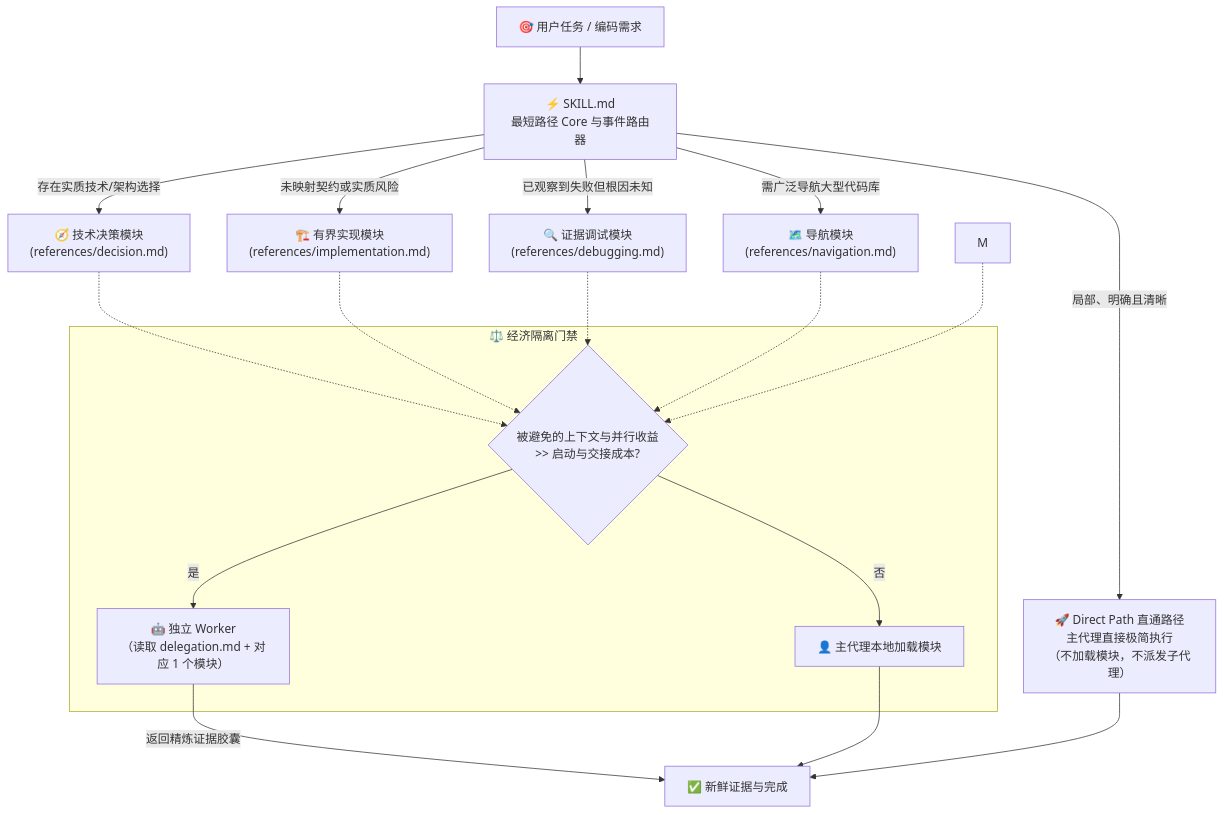
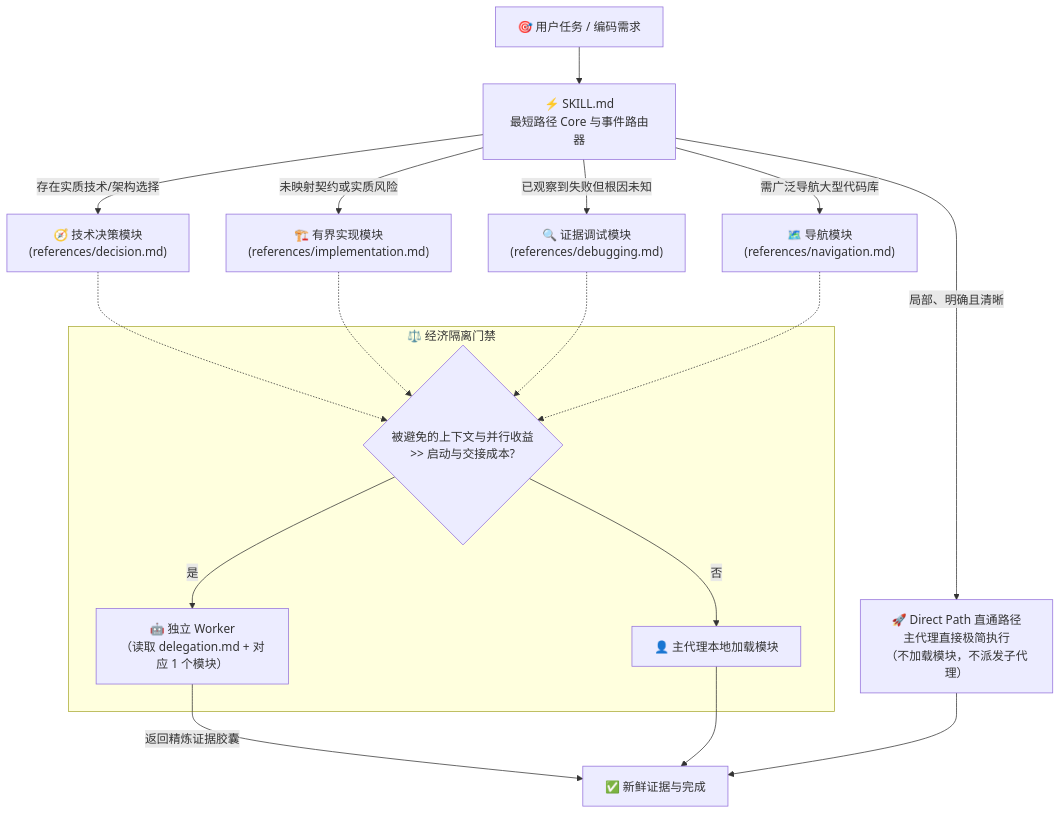
Before and after one commit to Hubujiu/practical-coding: the diagram in README_zh.md, drawn with Mermaid. The commit also changed other lines of this file and 8 other files, not shown here.

````diff
--- a/README_zh.md
+++ b/README_zh.md
@@ -105,26 +125,24 @@
 ```mermaid
 flowchart TB
     Task["🎯 用户任务 / 编码需求"] --> Core["⚡ SKILL.md<br/>最短路径 Core 与事件路由器"]
 
     Core -->|"局部、明确且清晰"| Direct["🚀 Direct Path 直通路径<br/>主代理直接极简执行<br/>（不加载模块，不派发子代理）"]
     Core -->|"存在实质技术/架构选择"| D["🧭 技术决策模块<br/>(references/decision.md)"]
     Core -->|"未映射契约或实质风险"| I["🏗️ 有界实现模块<br/>(references/implementation.md)"]
     Core -->|"已观察到失败但根因未知"| G["🔍 证据调试模块<br/>(references/debugging.md)"]
     Core -->|"需广泛导航大型代码库"| E["🗺️ 导航模块<br/>(references/navigation.md)"]
 
     subgraph IsolationGate["⚖️ 经济隔离门禁"]
         IG{"被避免的上下文与并行收益<br/>>> 启动与交接成本?"}
         IG -->|"是"| Worker["🤖 独立 Worker<br/>（读取 delegation.md + 对应 1 个模块）"]
         IG -->|"否"| RootExec["👤 主代理本地加载模块"]
     end
 
     D -.-> IG
     I -.-> IG
     G -.-> IG
     E -.-> IG
-    M -.-> IG
-
     Worker -->|"返回精炼证据胶囊"| Done["✅ 新鲜证据与完成"]
     RootExec --> Done
     Direct --> Done
 ```
````
